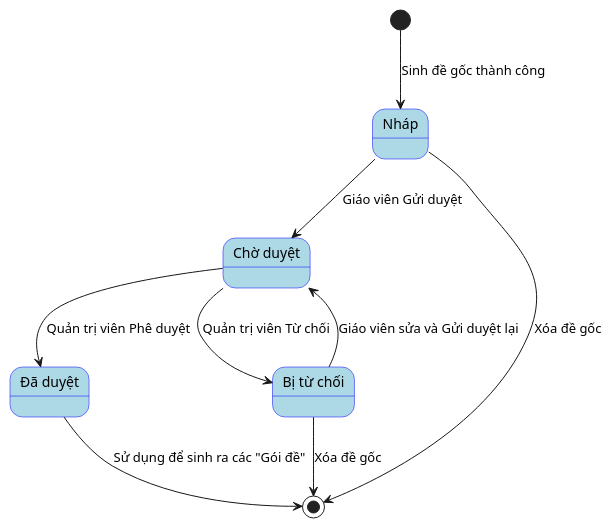
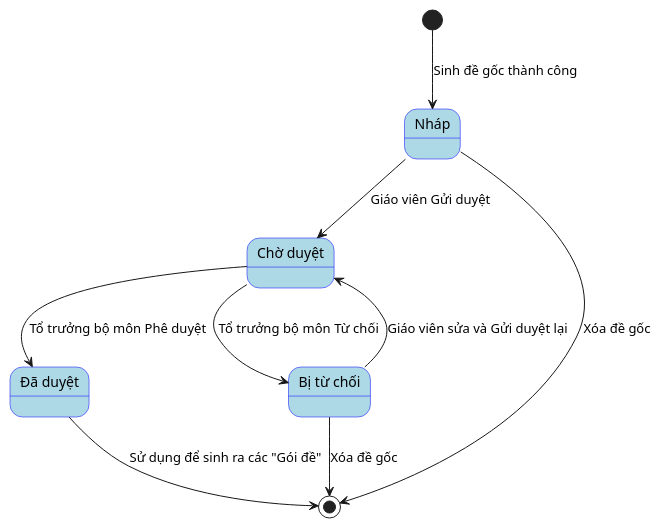
Before and after one commit to VuKV03/do-an-tot-nghiep: the ninth of 9 diagrams in Usecase/quanlydegoc.md, drawn with PlantUML. The commit also changed other lines of this file and 10 other files, not shown here.

````diff
--- a/Usecase/quanlydegoc.md
+++ b/Usecase/quanlydegoc.md
@@ -175,28 +323,28 @@
 ```plantuml
 @startuml
 skinparam state {
   BackgroundColor LightBlue
   BorderColor Blue
 }
 
 [*] --> Nháp : Sinh đề gốc thành công
 
 state Nháp {
 }
 state "Chờ duyệt" as ChoDuyet {
 }
 state "Đã duyệt" as DaDuyet {
 }
 state "Bị từ chối" as TuChoi {
 }
 
 Nháp --> ChoDuyet : Giáo viên Gửi duyệt
-ChoDuyet --> DaDuyet : Quản trị viên Phê duyệt
-ChoDuyet --> TuChoi : Quản trị viên Từ chối
+ChoDuyet --> DaDuyet : Tổ trưởng bộ môn Phê duyệt
+ChoDuyet --> TuChoi : Tổ trưởng bộ môn Từ chối
 TuChoi --> ChoDuyet : Giáo viên sửa và Gửi duyệt lại
 
 TuChoi --> [*] : Xóa đề gốc
 Nháp --> [*] : Xóa đề gốc
 DaDuyet --> [*] : Sử dụng để sinh ra các "Gói đề"
 @enduml
 ```
````
